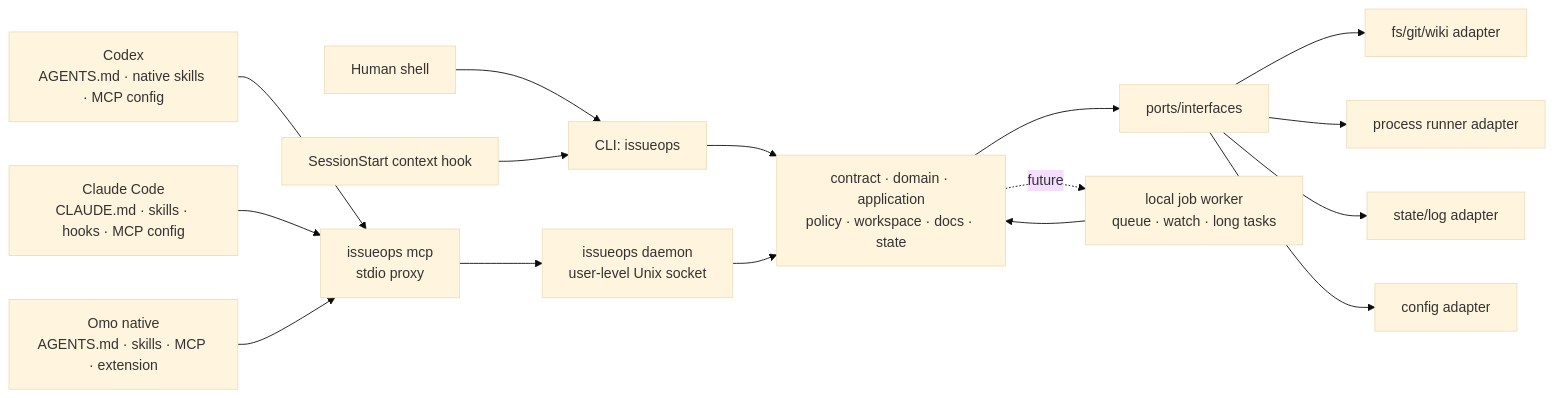
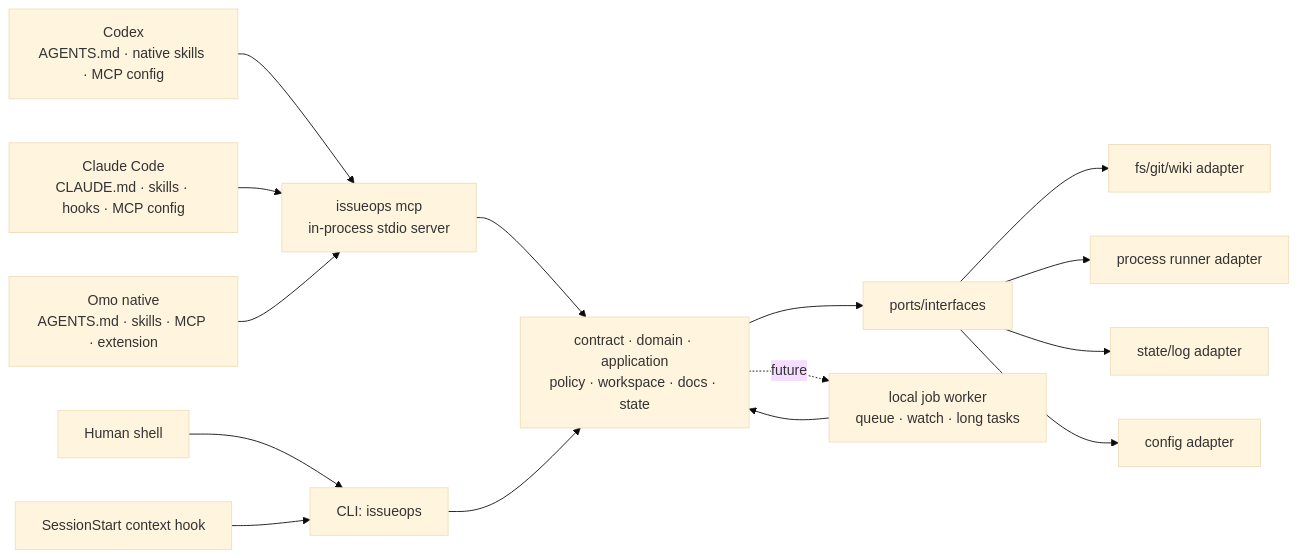
Before and after one commit to m16khb-org/issueops: the diagram in .issueops/architecture/hexagonal-core.md, drawn with Mermaid (base theme). The commit also changed 23 other files, not shown here.

````diff
--- a/.issueops/architecture/hexagonal-core.md
+++ b/.issueops/architecture/hexagonal-core.md
@@ -22,20 +22,19 @@
 ```mermaid
 flowchart LR
-    Codex["Codex<br/>AGENTS.md · native skills · MCP config"] --> MCPProxy["issueops mcp<br/>stdio proxy"]
-    Claude["Claude Code<br/>CLAUDE.md · skills · hooks · MCP config"] --> MCPProxy
-    Omo["Omo native<br/>AGENTS.md · skills · MCP · extension"] --> MCPProxy
+    Codex["Codex<br/>AGENTS.md · native skills · MCP config"] --> MCP["issueops mcp<br/>in-process stdio server"]
+    Claude["Claude Code<br/>CLAUDE.md · skills · hooks · MCP config"] --> MCP
+    Omo["Omo native<br/>AGENTS.md · skills · MCP · extension"] --> MCP
     Human["Human shell"] --> CLI["CLI: issueops"]
     Hook["SessionStart context hook"] --> CLI
 
-    MCPProxy --> Daemon["issueops daemon<br/>user-level Unix socket"]
-    CLI --> Core["contract · domain · application<br/>policy · workspace · docs · state"]
-    Daemon --> Core
+    MCP --> Core["contract · domain · application<br/>policy · workspace · docs · state"]
+    CLI --> Core
     Core --> Ports["ports/interfaces"]
     Ports --> FS["fs/git/wiki adapter"]
     Ports --> Proc["process runner adapter"]
     Ports --> State["state/log adapter"]
     Ports --> Config["config adapter"]
 
     Core -. future .-> Worker["local job worker<br/>queue · watch · long tasks"]
     Worker --> Core
 ```
````
